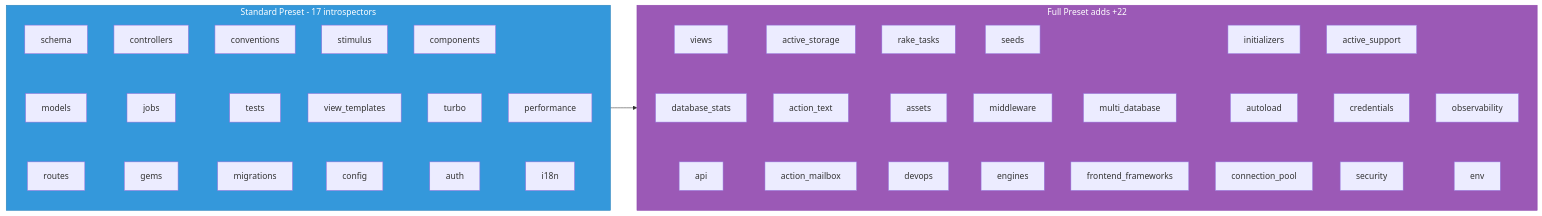
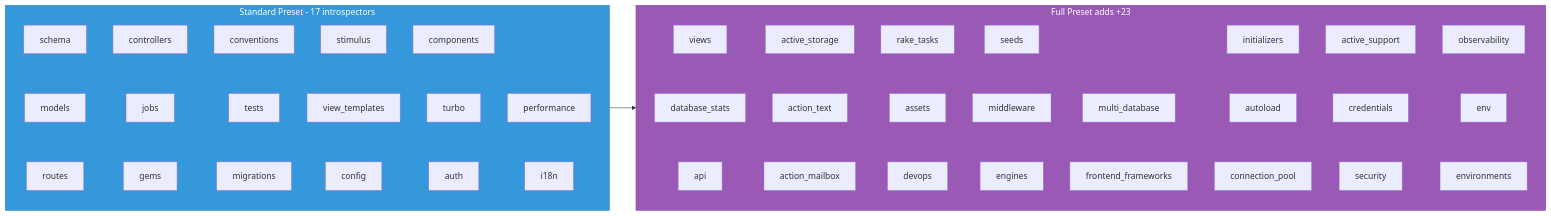
The diagram in docs/INTROSPECTORS.md (crisnahine/rails-ai-context), drawn with Mermaid before and after one commit. The commit also changed other lines of this file and 20 other files, not shown here.

````diff
--- a/docs/INTROSPECTORS.md
+++ b/docs/INTROSPECTORS.md
@@ -40,29 +40,29 @@
 ```mermaid
 graph LR
     subgraph standard["Standard Preset - 17 introspectors"]
         direction TB
         S1["schema"] ~~~ S2["models"] ~~~ S3["routes"]
         S4["controllers"] ~~~ S5["jobs"] ~~~ S6["gems"]
         S7["conventions"] ~~~ S8["tests"] ~~~ S9["migrations"]
         S10["stimulus"] ~~~ S11["view_templates"] ~~~ S12["config"]
         S13["components"] ~~~ S14["turbo"] ~~~ S15["auth"]
         S16["performance"] ~~~ S17["i18n"]
     end
 
-    subgraph full_only["Full Preset adds +22"]
+    subgraph full_only["Full Preset adds +23"]
         direction TB
         F1["views"] ~~~ F2["database_stats"] ~~~ F3["api"]
         F4["active_storage"] ~~~ F5["action_text"] ~~~ F6["action_mailbox"]
         F7["rake_tasks"] ~~~ F8["assets"] ~~~ F9["devops"]
         F10["seeds"] ~~~ F11["middleware"] ~~~ F12["engines"]
         F13["multi_database"] ~~~ F14["frontend_frameworks"]
         F15["initializers"] ~~~ F16["autoload"] ~~~ F17["connection_pool"]
         F18["active_support"] ~~~ F19["credentials"] ~~~ F20["security"]
-        F21["observability"] ~~~ F22["env"]
+        F21["observability"] ~~~ F22["env"] ~~~ F23["environments"]
     end
 
     standard --> full_only
 
     style standard fill:#3498db,stroke:#2980b9,color:#fff
     style full_only fill:#9b59b6,stroke:#8e44ad,color:#fff
 ```
````
